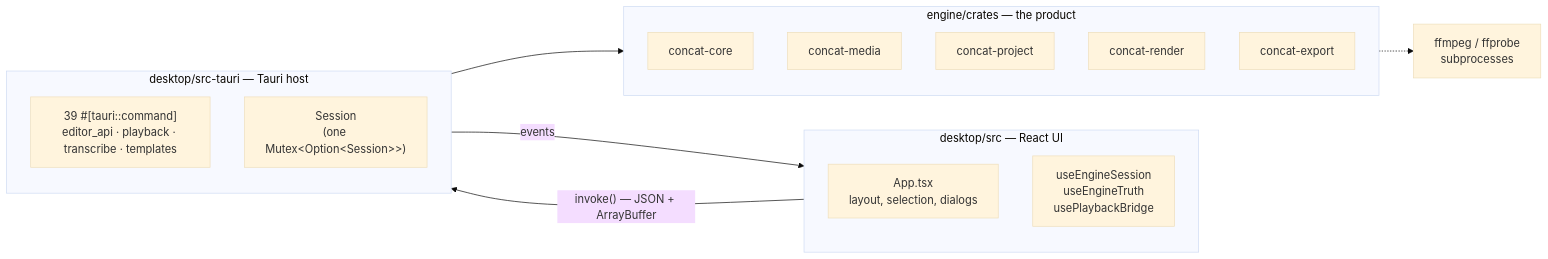
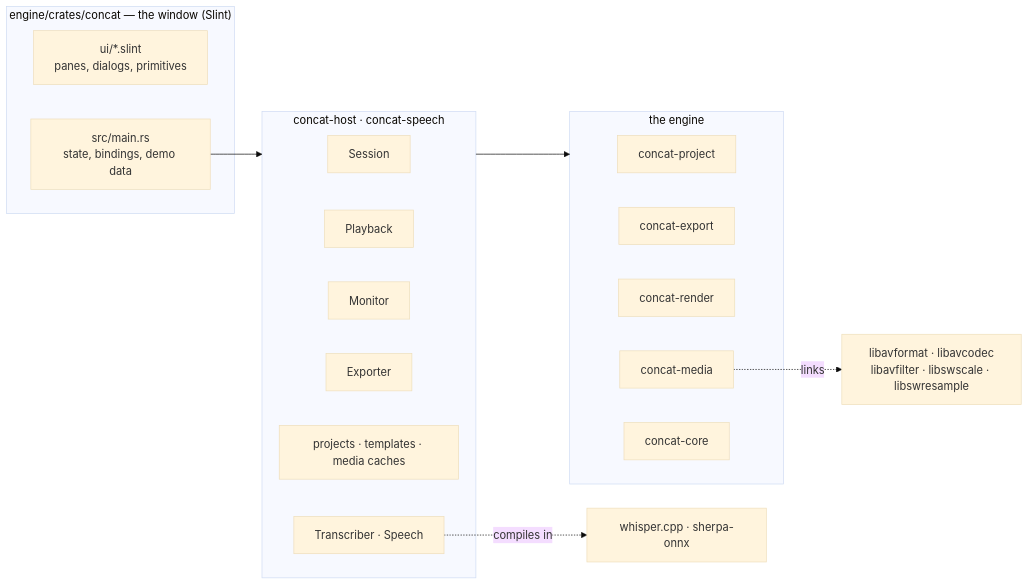
One commit to Mehdidjah/Concat-app changed the first of 3 diagrams in ARCHITECTURE.md. Above: the diagram before and after it, drawn with Mermaid (base theme). The commit also changed other lines of this file and 51 other files, not shown here.

````diff
--- a/ARCHITECTURE.md
+++ b/ARCHITECTURE.md
@@ -23,22 +14,26 @@
 ```mermaid
 flowchart LR
-    subgraph UI["desktop/src — React UI"]
-        APP["App.tsx<br/>layout, selection, dialogs"]
-        HOOKS["useEngineSession<br/>useEngineTruth<br/>usePlaybackBridge"]
+    subgraph WINDOW["engine/crates/concat — the window (Slint)"]
+        UI["ui/*.slint<br/>panes, dialogs, primitives"]
+        MAIN["src/main.rs<br/>state, bindings, demo data"]
     end
-    subgraph HOST["desktop/src-tauri — Tauri host"]
-        CMD["39 #[tauri::command]<br/>editor_api · playback · transcribe · templates"]
-        SESSION["Session<br/>(one Mutex&lt;Option&lt;Session&gt;&gt;)"]
+    subgraph HOST["concat-host · concat-speech"]
+        SESSION[Session]
+        PLAY[Playback]
+        MON[Monitor]
+        EXP[Exporter]
+        PROJ["projects · templates · media caches"]
+        SPEECH["Transcriber · Speech"]
     end
-    subgraph ENGINE["engine/crates — the product"]
+    subgraph ENGINE["the engine"]
+        PROJECT[concat-project]
+        EXPORT[concat-export]
+        RENDER[concat-render]
+        MEDIA[concat-media]
         CORE[concat-core]
-        MEDIA[concat-media]
-        PROJECT[concat-project]
-        RENDER[concat-render]
-        EXPORT[concat-export]
     end
-    UI -- "invoke() — JSON + ArrayBuffer" --> HOST
-    HOST -- events --> UI
+    MAIN --> HOST
     HOST --> ENGINE
-    ENGINE -.-> FF["ffmpeg / ffprobe<br/>subprocesses"]
+    MEDIA -. links .-> FF["libavformat · libavcodec<br/>libavfilter · libswscale · libswresample"]
+    SPEECH -. compiles in .-> W["whisper.cpp · sherpa-onnx"]
 ```
````
